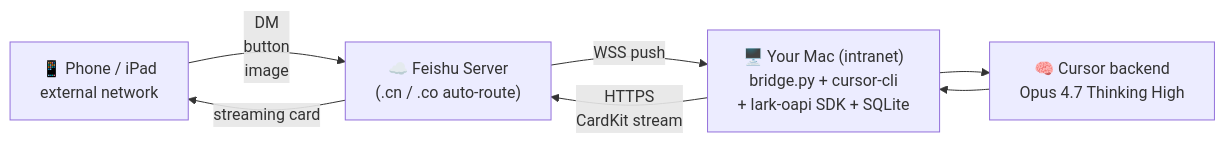
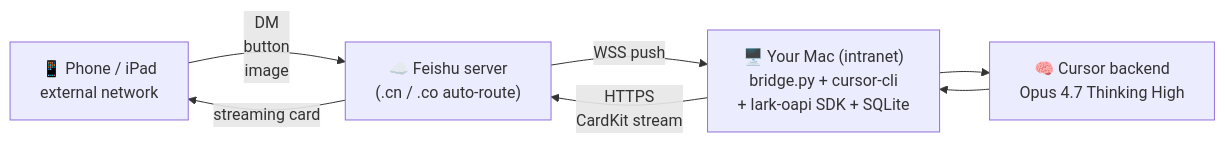
One commit to HenryZ838978/Larksor-TC changed the second of 2 diagrams in README.md. Above: the diagram before and after it, drawn with Mermaid. The commit also changed other lines of this file and 2 other files, not shown here.

````diff
--- a/README.md
+++ b/README.md
@@ -71,14 +281,14 @@
 ```mermaid
 flowchart LR
     P["📱 Phone / iPad<br/>external network"]
-    F["☁️ Feishu Server<br/>(.cn / .co auto-route)"]
+    F["☁️ Feishu server<br/>(.cn / .co auto-route)"]
     M["🖥️ Your Mac (intranet)<br/>bridge.py + cursor-cli<br/>+ lark-oapi SDK + SQLite"]
     C["🧠 Cursor backend<br/>Opus 4.7 Thinking High"]
 
     P -->|DM<br/>button<br/>image| F
     F -->|WSS push| M
     M -->|HTTPS<br/>CardKit stream| F
     F -->|streaming card| P
     M --> C
     C --> M
 ```
````
